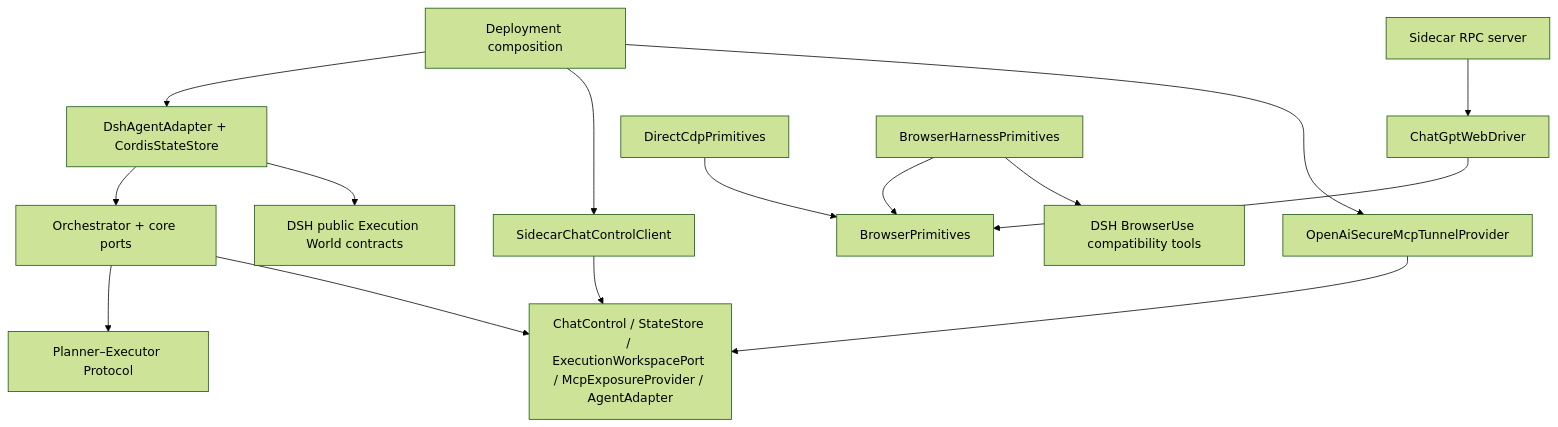
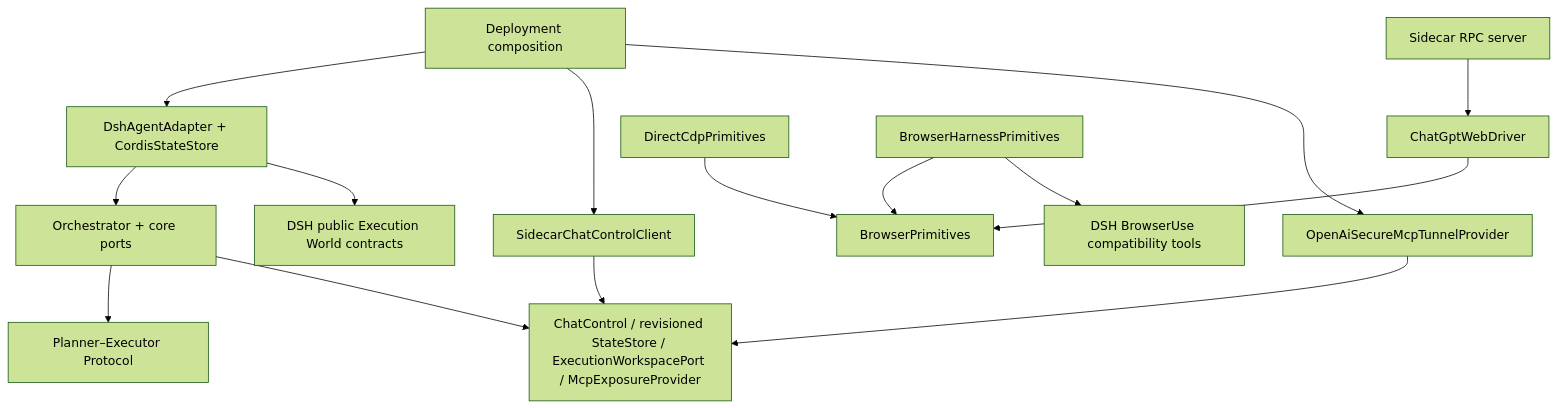
One commit to jingchangshi/DSHWithChatGPT changed the fifth of 5 diagrams in docs/target-architecture.md. Above: the diagram before and after it, drawn with Mermaid (forest theme). The commit also changed other lines of this file and 1 other file, not shown here.

Commit message:
docs(architecture): clarify protocol identity and adapter boundaries

````diff
--- a/docs/target-architecture.md
+++ b/docs/target-architecture.md
@@ -93,17 +93,17 @@
 ```mermaid
 flowchart TD
   COMP[Deployment composition] --> DSH[DshAgentAdapter + CordisStateStore]
   COMP --> SIDE[SidecarChatControlClient]
   COMP --> EXP[OpenAiSecureMcpTunnelProvider]
   DSH --> CORE[Orchestrator + core ports]
   CORE --> PROTO[Planner–Executor Protocol]
-  CORE --> PORTS[ChatControl / StateStore / ExecutionWorkspacePort / McpExposureProvider / AgentAdapter]
+  CORE --> PORTS[ChatControl / revisioned StateStore / ExecutionWorkspacePort / McpExposureProvider]
   SIDE --> PORTS
   EXP --> PORTS
   SERVER[Sidecar RPC server] --> DRIVER[ChatGptWebDriver]
   DRIVER --> PRIM[BrowserPrimitives]
   CDP[DirectCdpPrimitives] --> PRIM
   BH[BrowserHarnessPrimitives] --> PRIM
   BH --> DSHB[DSH BrowserUse compatibility tools]
   DSH --> PRODUCER[DSH public Execution World contracts]
 ```
````
